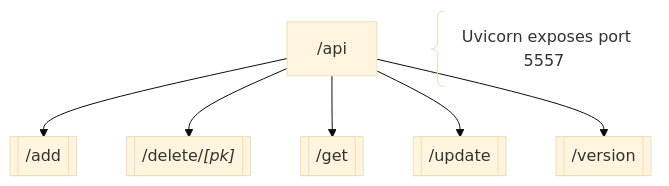
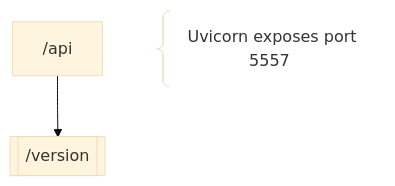
One commit to chump29/planrr changed the diagram in backend/README.md. Above: the diagram before and after it, drawn with Mermaid (base theme). The commit also changed other lines of this file and 2 other files, not shown here.

Commit message:
refactor: use uv build-system docs: update flowchart, add find deps chore: updated package

````diff
--- a/backend/README.md
+++ b/backend/README.md
@@ -4,15 +4,7 @@
 ```mermaid
 flowchart
 api@{shape: rect, label: "/api"}
-add[["`/add`"]]
-delete[["`/delete/*[pk]*`"]]
-get[["`/get`"]]
-update[["`/update`"]]
 version[["`/version`"]]
-api-->add
-api-->delete
-api-->get
-api-->update
 api-->version
 port@{shape: brace, label: "&nbsp; Uvicorn exposes port 5557"}
 ```
````
